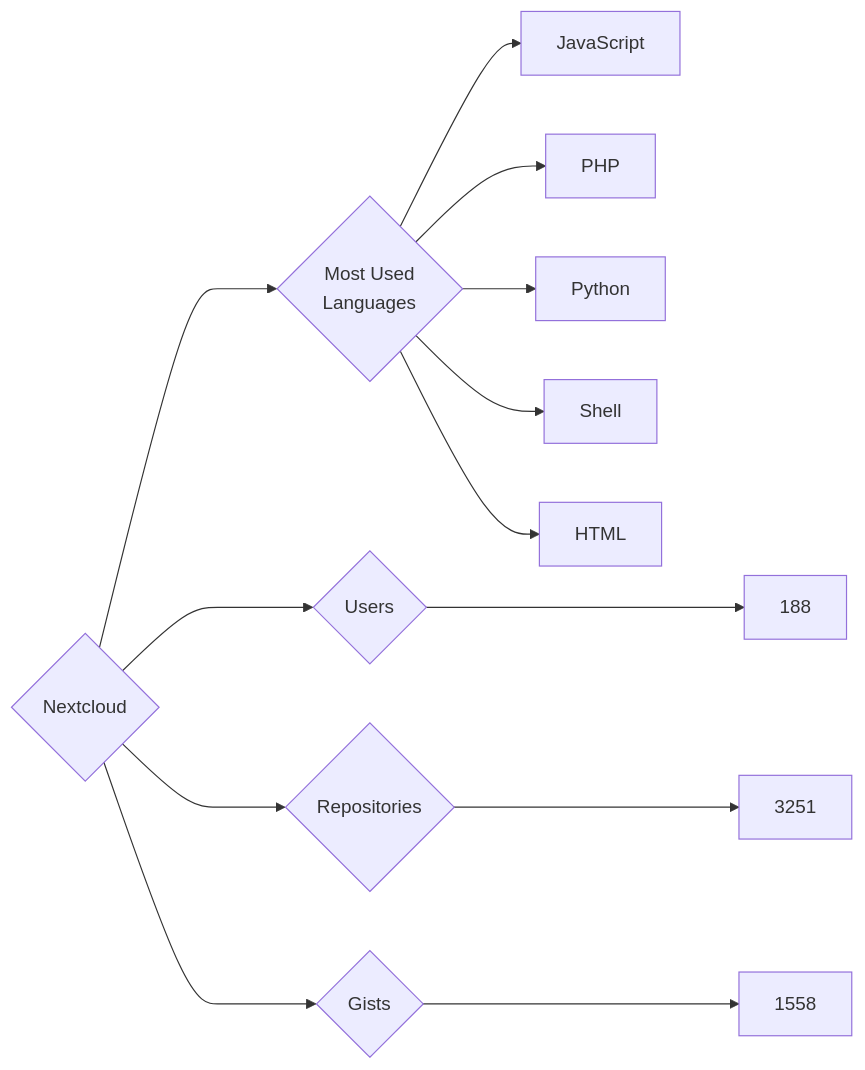
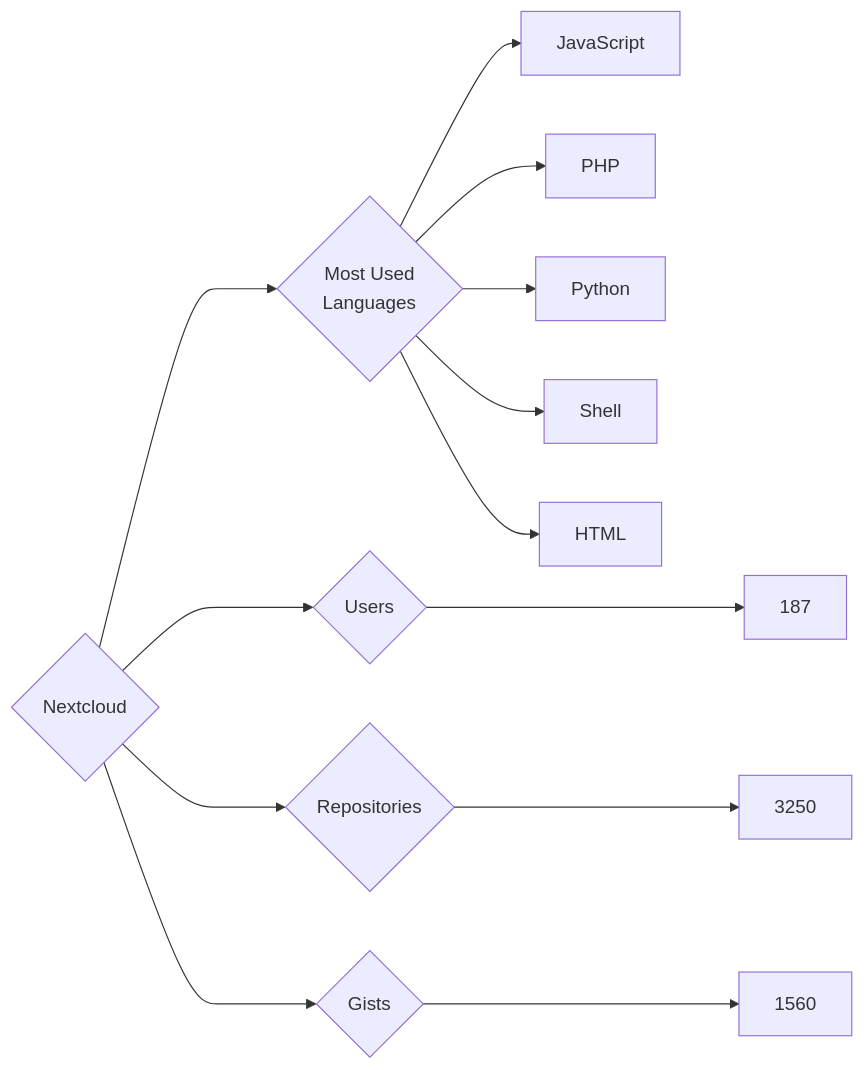
Before and after one commit to trickest/insiders: the diagram in targets/Nextcloud/README.md, drawn with Mermaid. The commit also changed 964 other files, not shown here.

````diff
--- a/targets/Nextcloud/README.md
+++ b/targets/Nextcloud/README.md
@@ -3,13 +3,13 @@
 ```mermaid
 graph LR
 COMPANY_NAME{Nextcloud}
-COMPANY_NAME ---> U{Users} ---> UN[188]
-COMPANY_NAME ---> R{Repositories} ---> RN[3251]
-COMPANY_NAME ---> G{Gists} ---> GN[1558]
+COMPANY_NAME ---> U{Users} ---> UN[187]
+COMPANY_NAME ---> R{Repositories} ---> RN[3250]
+COMPANY_NAME ---> G{Gists} ---> GN[1560]
 COMPANY_NAME ---> ML{Most Used<br>Languages}
 ML --> JavaScript[JavaScript]
 ML --> PHP[PHP]
 ML --> Python[Python]
 ML --> Shell[Shell]
 ML --> HTML[HTML]
 ```
````
